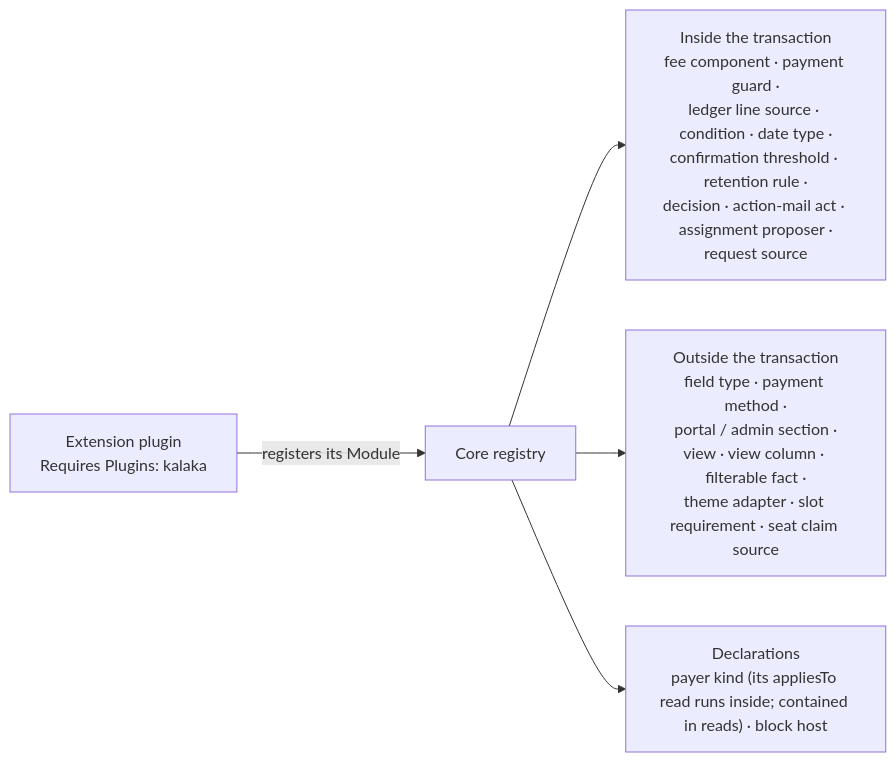
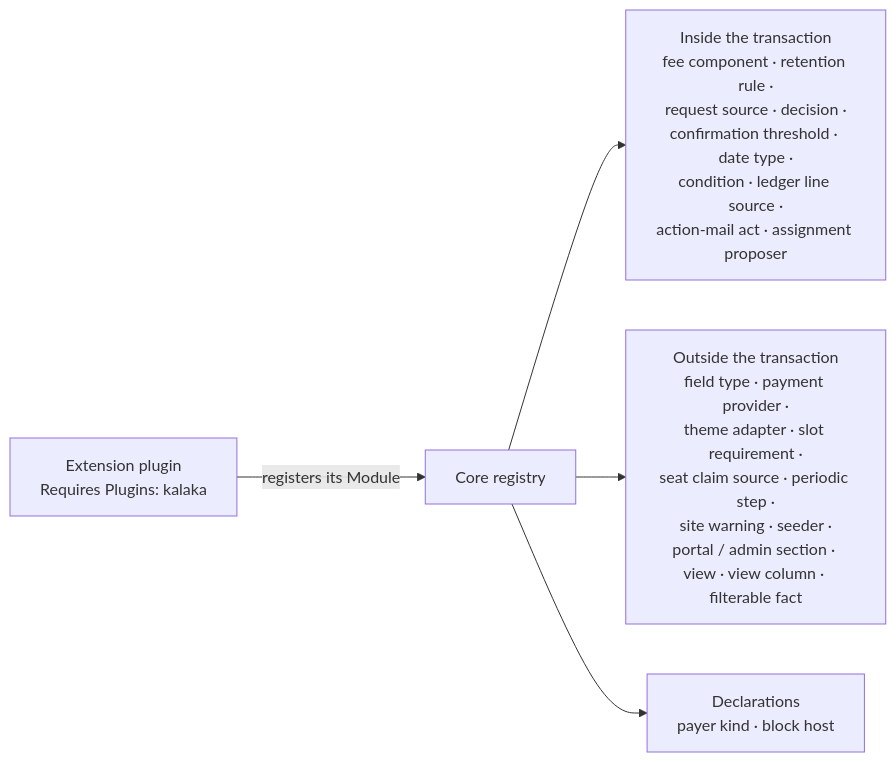
Before and after one commit to reformatus/kalaka: the second of 2 diagrams in docs/architecture/modules-and-extensions.md, drawn with Mermaid. The commit also changed other lines of this file, not shown here.

````diff
--- a/docs/architecture/modules-and-extensions.md
+++ b/docs/architecture/modules-and-extensions.md
@@ -308,7 +292,7 @@
 ```mermaid
 flowchart LR
   EP["Extension plugin<br/>Requires Plugins: kalaka"] -->|"registers its Module"| REG["Core registry"]
-  REG --> IN["Inside the transaction<br/>fee component · payment guard ·<br/>ledger line source · condition · date type ·<br/>confirmation threshold · retention rule ·<br/>decision · action-mail act · assignment proposer ·<br/>request source"]
-  REG --> OUT["Outside the transaction<br/>field type · payment method ·<br/>portal / admin section ·<br/>view · view column · filterable fact ·<br/>theme adapter · slot requirement · seat claim source"]
-  REG --> DECL["Declarations<br/>payer kind (its appliesTo read runs inside; contained in reads) · block host"]
+  REG --> IN["Inside the transaction<br/>fee component · retention rule ·<br/>request source · decision ·<br/>confirmation threshold · date type ·<br/>condition · ledger line source ·<br/>action-mail act · assignment proposer"]
+  REG --> OUT["Outside the transaction<br/>field type · payment provider ·<br/>theme adapter · slot requirement ·<br/>seat claim source · periodic step ·<br/>site warning · seeder ·<br/>portal / admin section · view · view column · filterable fact"]
+  REG --> DECL["Declarations<br/>payer kind · block host"]
 ```
````
